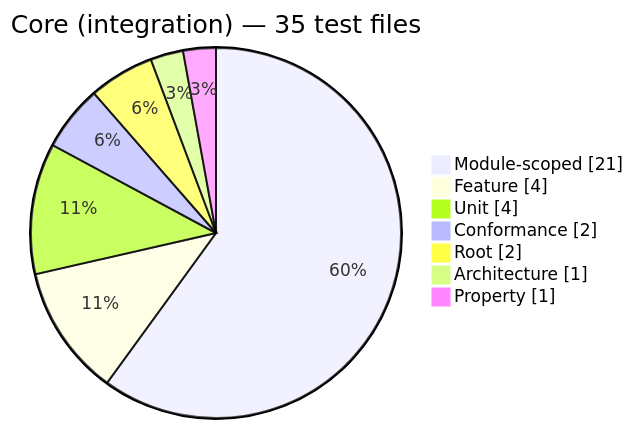
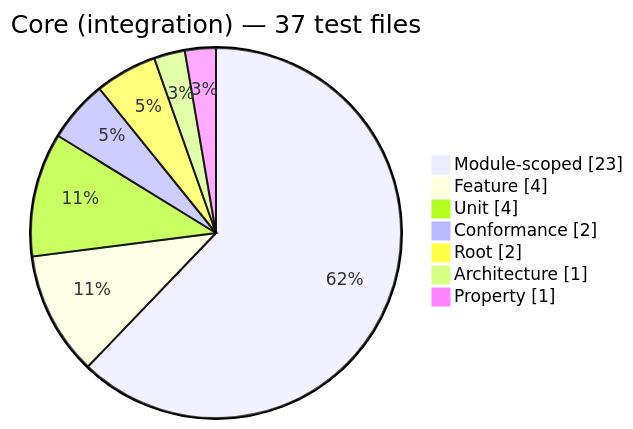
One commit to Mohammed-Alama/php-arazzo changed diagram 11 of 12 in docs/generated/test-composition.md. Above: the diagram before and after it, drawn with Mermaid. The commit also changed other lines of this file and 16 other files, not shown here.

````diff
--- a/docs/generated/test-composition.md
+++ b/docs/generated/test-composition.md
@@ -150,11 +150,11 @@
 ```mermaid
 pie showData
-    title Core (integration) — 35 test files
-    "Module-scoped": 21
+    title Core (integration) — 37 test files
+    "Module-scoped": 23
     "Feature": 4
     "Unit": 4
     "Conformance": 2
     "Root": 2
     "Architecture": 1
     "Property": 1
 ```
````
